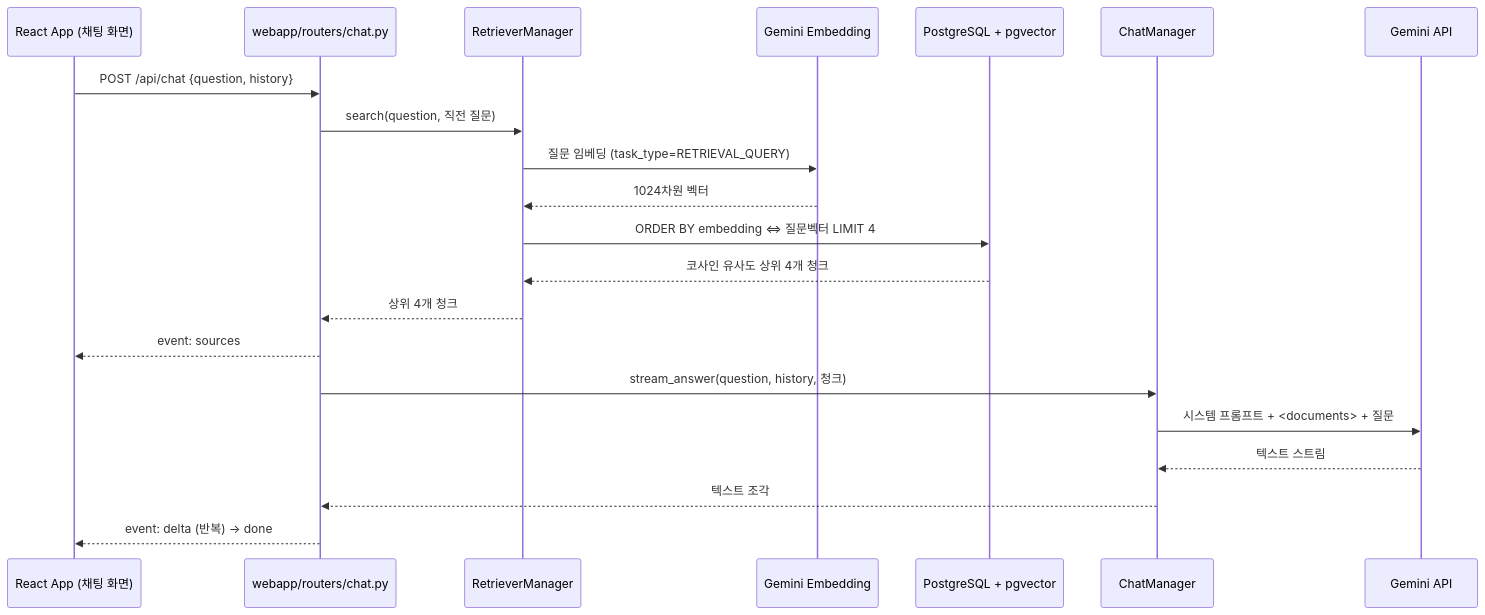
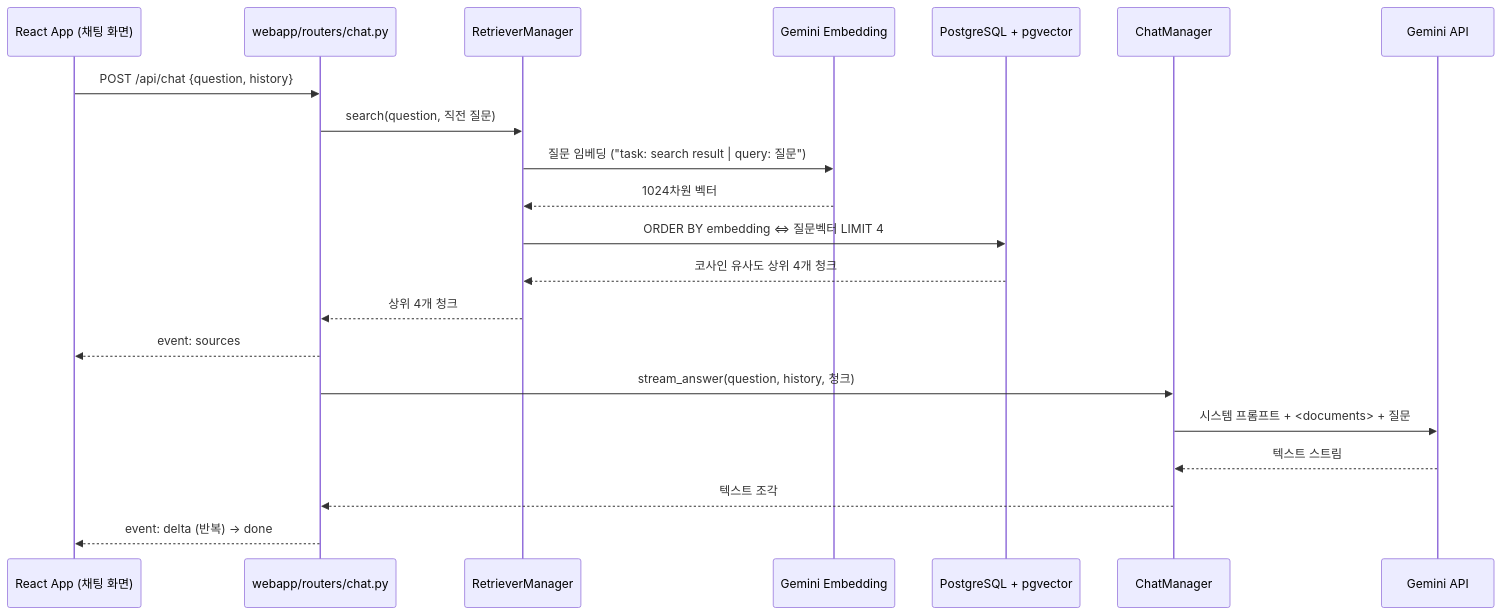
Before and after one commit to hseungjae/RAG-based-Portfolio: the diagram in docs/architecture.md, drawn with Mermaid. The commit also changed other lines of this file and 1 other file, not shown here.

Commit message:
docs: 임베딩 모델 교체와 용도 표기 방식 반영

````diff
--- a/docs/architecture.md
+++ b/docs/architecture.md
@@ -5,24 +5,24 @@
 ```mermaid
 sequenceDiagram
     participant Web as React App (채팅 화면)
     participant Router as webapp/routers/chat.py
     participant Retriever as RetrieverManager
     participant Embed as Gemini Embedding
     participant DB as PostgreSQL + pgvector
     participant Chat as ChatManager
     participant Gemini as Gemini API
 
     Web->>Router: POST /api/chat {question, history}
     Router->>Retriever: search(question, 직전 질문)
-    Retriever->>Embed: 질문 임베딩 (task_type=RETRIEVAL_QUERY)
+    Retriever->>Embed: 질문 임베딩 ("task: search result | query: 질문")
     Embed-->>Retriever: 1024차원 벡터
     Retriever->>DB: ORDER BY embedding <=> 질문벡터 LIMIT 4
     DB-->>Retriever: 코사인 유사도 상위 4개 청크
     Retriever-->>Router: 상위 4개 청크
     Router-->>Web: event: sources
     Router->>Chat: stream_answer(question, history, 청크)
     Chat->>Gemini: 시스템 프롬프트 + <documents> + 질문
     Gemini-->>Chat: 텍스트 스트림
     Chat-->>Router: 텍스트 조각
     Router-->>Web: event: delta (반복) → done
 ```
````
